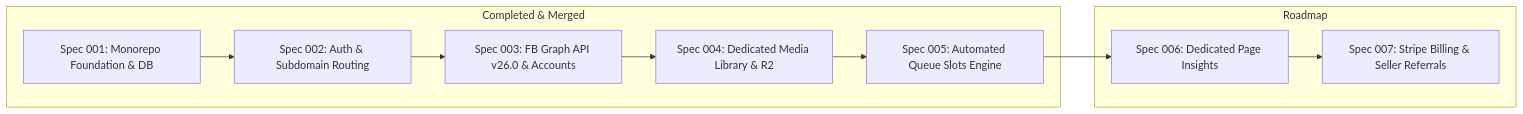
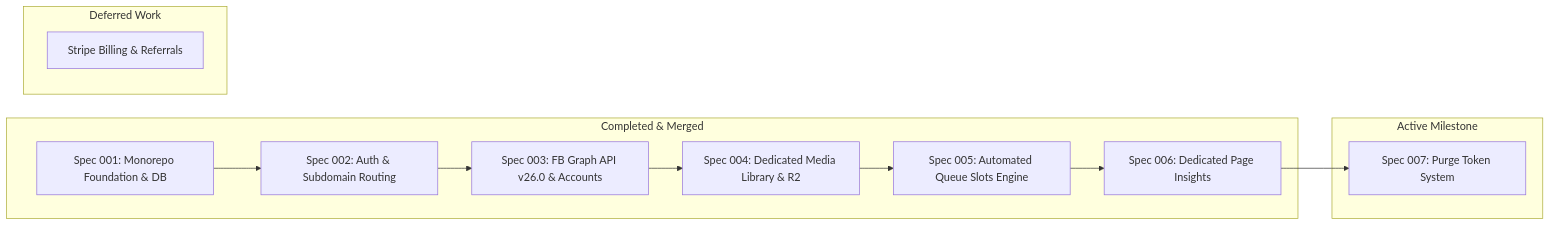
Before and after one commit to Velocta/fbuploadpro: the second of 2 diagrams in docs/foundational-knowledge.md, drawn with Mermaid. The commit also changed other lines of this file and 35 other files, not shown here.

Commit message:
refactor(billing): purge token system and enforce unrestricted publishing

````diff
--- a/docs/foundational-knowledge.md
+++ b/docs/foundational-knowledge.md
@@ -169,17 +163,21 @@
 ```mermaid
 flowchart LR
   subgraph Done [Completed & Merged]
     M1[Spec 001: Monorepo Foundation & DB]
     M2[Spec 002: Auth & Subdomain Routing]
     M3[Spec 003: FB Graph API v26.0 & Accounts]
     M4[Spec 004: Dedicated Media Library & R2]
     M5[Spec 005: Automated Queue Slots Engine]
+    M6[Spec 006: Dedicated Page Insights]
   end
 
-  subgraph Next [Roadmap]
-    M6[Spec 006: Dedicated Page Insights]
-    M7[Spec 007: Stripe Billing & Seller Referrals]
+  subgraph Active [Active Milestone]
+    M7[Spec 007: Purge Token System]
+  end
+
+  subgraph Deferred [Deferred Work]
+    M8[Stripe Billing & Referrals]
   end
 
   M1 --> M2 --> M3 --> M4 --> M5 --> M6 --> M7
 ```
````
